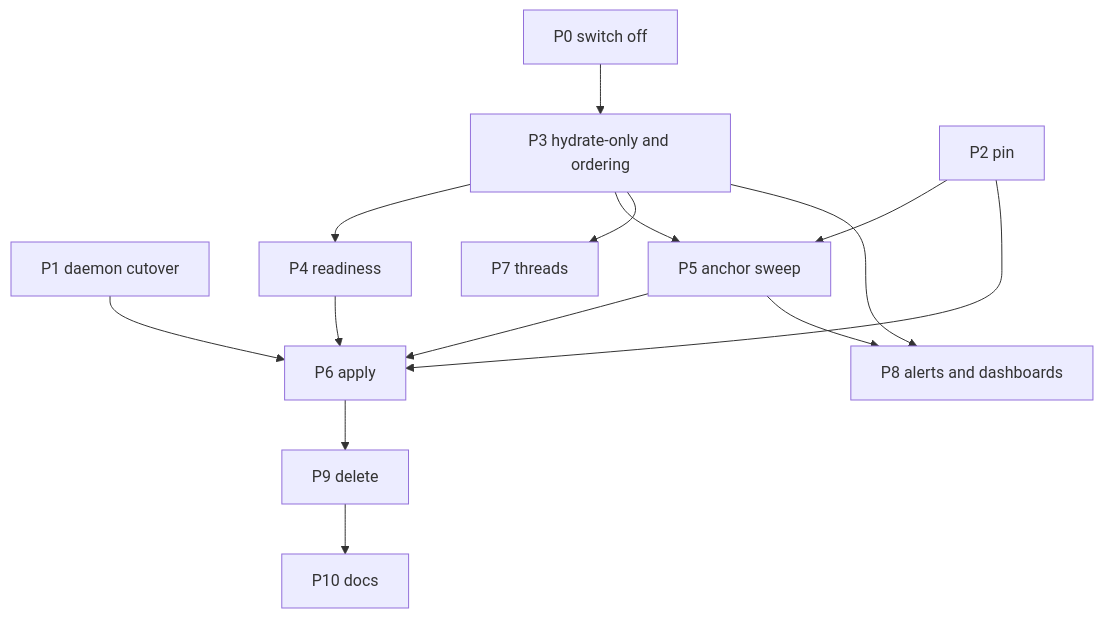
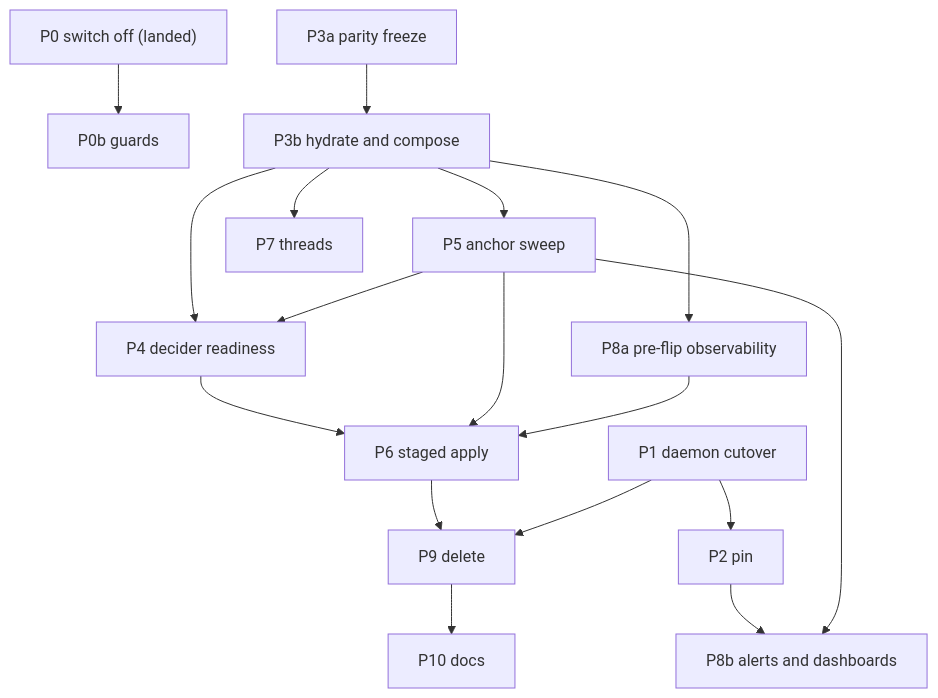
The second of 2 diagrams in docs/superpowers/specs/2026-10-20-pr-lane-refactor-design.md (phillipgreenii/nix-agent-support), drawn with Mermaid before and after one commit. The commit also changed other lines of this file, not shown here.

````diff
--- a/docs/superpowers/specs/2026-10-20-pr-lane-refactor-design.md
+++ b/docs/superpowers/specs/2026-10-20-pr-lane-refactor-design.md
@@ -248,16 +362,19 @@
 ```mermaid
 flowchart TD
-  P0["P0 switch off"] --> P3["P3 hydrate-only and ordering"]
-  P1["P1 daemon cutover"] --> P6["P6 apply"]
-  P2["P2 pin"] --> P5["P5 anchor sweep"]
-  P3 --> P4["P4 readiness"]
-  P3 --> P5
-  P4 --> P6
+  P0["P0 switch off (landed)"] --> P0b["P0b guards"]
+  P3a["P3a parity freeze"] --> P3b["P3b hydrate and compose"]
+  P3b --> P5["P5 anchor sweep"]
+  P3b --> P4["P4 decider readiness"]
+  P5 --> P4
+  P3b --> P8a["P8a pre-flip observability"]
+  P4 --> P6["P6 staged apply"]
   P5 --> P6
-  P2 --> P6
-  P3 --> P7["P7 threads"]
+  P8a --> P6
+  P1["P1 daemon cutover"] --> P2["P2 pin"]
+  P2 --> P8b["P8b alerts and dashboards"]
+  P5 --> P8b
+  P3b --> P7["P7 threads"]
   P6 --> P9["P9 delete"]
-  P3 --> P8["P8 alerts and dashboards"]
-  P5 --> P8
+  P1 --> P9
   P9 --> P10["P10 docs"]
 ```
````
